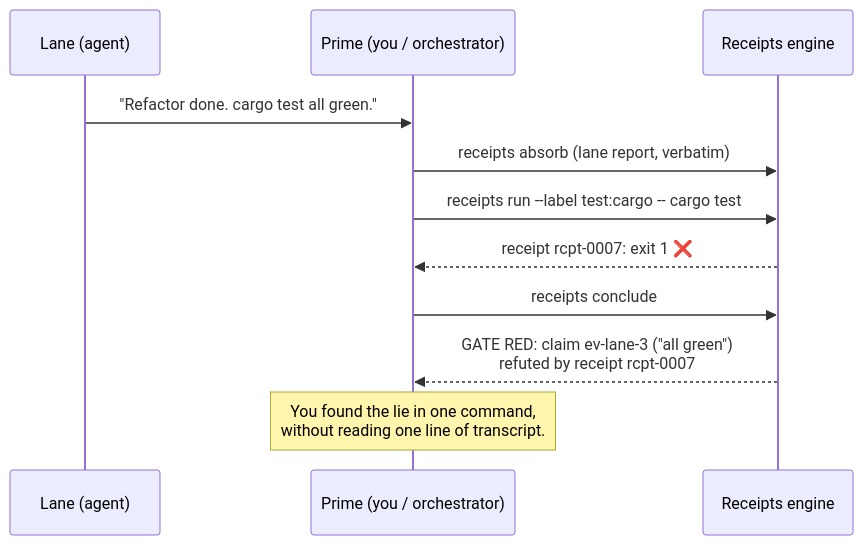
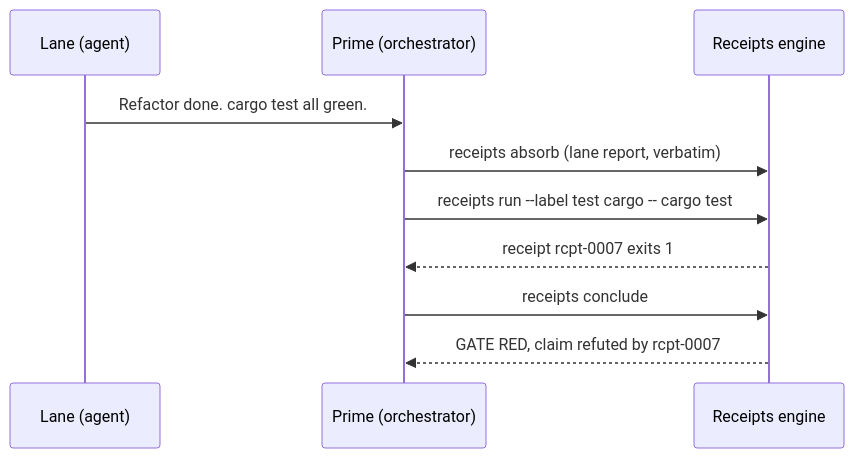
The second of 2 diagrams in README.md (inchwormz/agent-receipts), drawn with Mermaid before and after one commit. The commit also changed other lines of this file, not shown here.

Commit message:
README: lead with the compounding cost of unverified claims; bulletproof the sequence diagram
The Why section now opens the pitch: shipped mistakes, reverts and
costly undos, subagent research taken point blank, orchestrator context
burned on manual verification, trust decay. The refutation sequence
diagram drops emoji and embedded line breaks (the classic intermittent
mermaid breakers) so it renders everywhere, with its punchline moved to
a caption.

````diff
--- a/README.md
+++ b/README.md
@@ -102,14 +112,12 @@
 ```mermaid
 sequenceDiagram
-    participant L as Lane (agent)
-    participant P as Prime (you / orchestrator)
-    participant E as Receipts engine
-
-    L->>P: "Refactor done. cargo test all green."
-    P->>E: receipts absorb (lane report, verbatim)
-    P->>E: receipts run --label test:cargo -- cargo test
-    E-->>P: receipt rcpt-0007: exit 1 ❌
-    P->>E: receipts conclude
-    E-->>P: GATE RED: claim ev-lane-3 ("all green")<br/>refuted by receipt rcpt-0007
-    Note over P: You found the lie in one command,<br/>without reading one line of transcript.
+    participant Lane as Lane (agent)
+    participant Prime as Prime (orchestrator)
+    participant Engine as Receipts engine
+    Lane->>Prime: Refactor done. cargo test all green.
+    Prime->>Engine: receipts absorb (lane report, verbatim)
+    Prime->>Engine: receipts run --label test cargo -- cargo test
+    Engine-->>Prime: receipt rcpt-0007 exits 1
+    Prime->>Engine: receipts conclude
+    Engine-->>Prime: GATE RED, claim refuted by rcpt-0007
 ```
````
